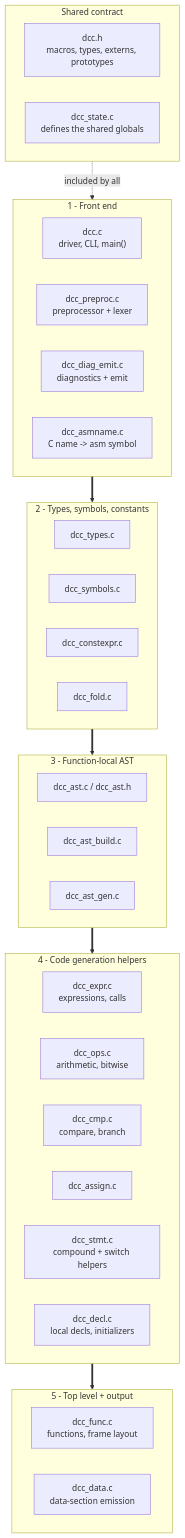
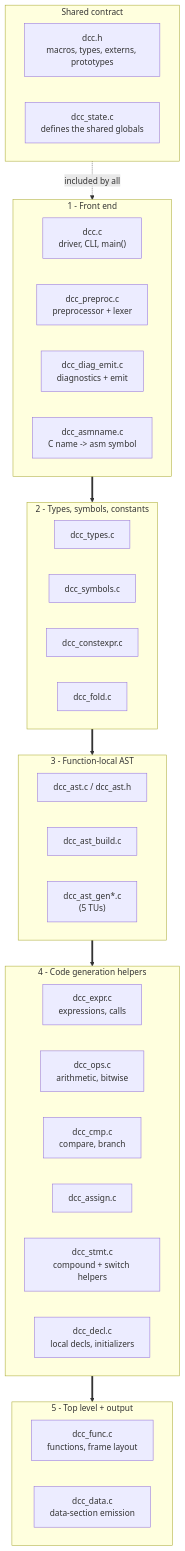
Before and after one commit to davidly/dcc: the third of 5 diagrams in docs/docs/en/appendix/00-architecture.md, drawn with Mermaid. The commit also changed other lines of this file and 32 other files, not shown here.

````diff
--- a/docs/docs/en/appendix/00-architecture.md
+++ b/docs/docs/en/appendix/00-architecture.md
@@ -93,44 +95,44 @@
 ```mermaid
 graph TB
     subgraph SHARED["Shared contract"]
         H["dcc.h<br/>macros, types, externs, prototypes"]
         STATE["dcc_state.c<br/>defines the shared globals"]
     end
 
     subgraph FE["1 - Front end"]
         DRV["dcc.c<br/>driver, CLI, main()"]
         PP["dcc_preproc.c<br/>preprocessor + lexer"]
         DIAG["dcc_diag_emit.c<br/>diagnostics + emit"]
         ASM["dcc_asmname.c<br/>C name -> asm symbol"]
     end
 
     subgraph TYP["2 - Types, symbols, constants"]
         TYPES["dcc_types.c"]
         SYM["dcc_symbols.c"]
         CONST["dcc_constexpr.c"]
         FOLD["dcc_fold.c"]
     end
 
     subgraph AST["3 - Function-local AST"]
       ASTN["dcc_ast.c / dcc_ast.h"]
       ASTB["dcc_ast_build.c"]
-      ASTG["dcc_ast_gen.c"]
+      ASTG["dcc_ast_gen*.c<br/>(5 TUs)"]
     end
 
     subgraph CG["4 - Code generation helpers"]
         EXPR["dcc_expr.c<br/>expressions, calls"]
         OPS["dcc_ops.c<br/>arithmetic, bitwise"]
         CMP["dcc_cmp.c<br/>compare, branch"]
         ASSIGN["dcc_assign.c"]
         STMT["dcc_stmt.c<br/>compound + switch helpers"]
         DECL["dcc_decl.c<br/>local decls, initializers"]
     end
 
     subgraph TOP["5 - Top level + output"]
         FUNC["dcc_func.c<br/>functions, frame layout"]
         DATA["dcc_data.c<br/>data-section emission"]
     end
 
     SHARED -.included by all.-> FE
     FE ==> TYP ==> AST ==> CG ==> TOP
 ```
````
